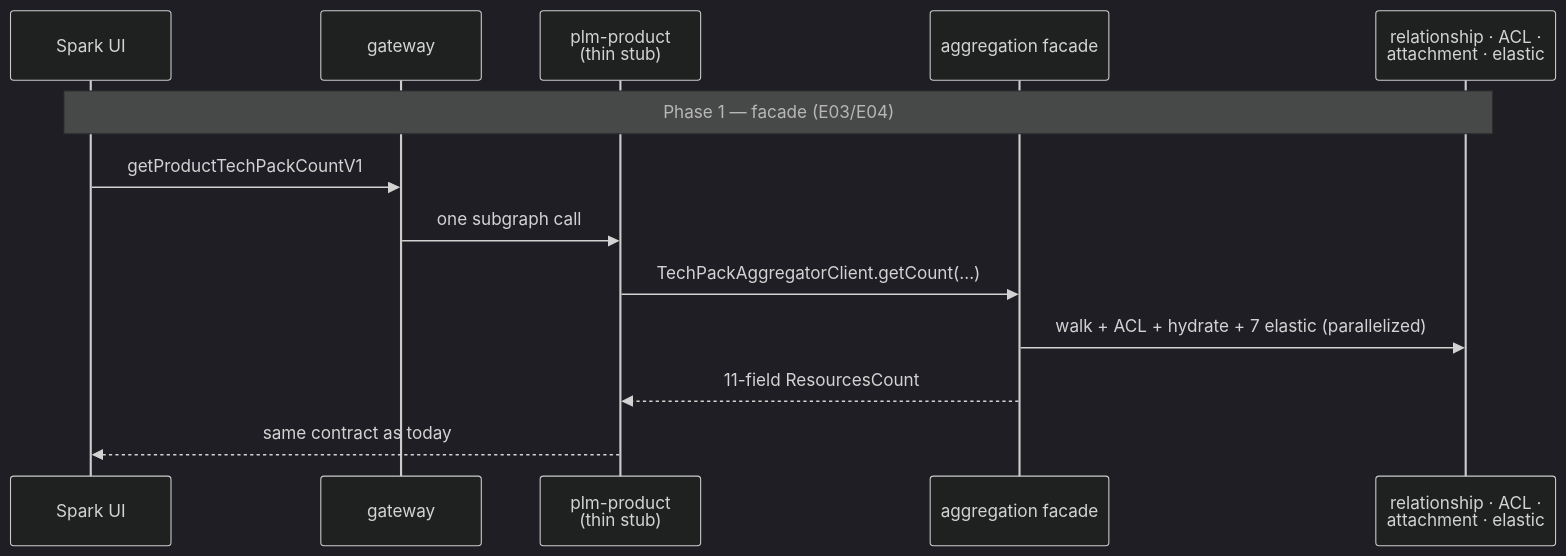
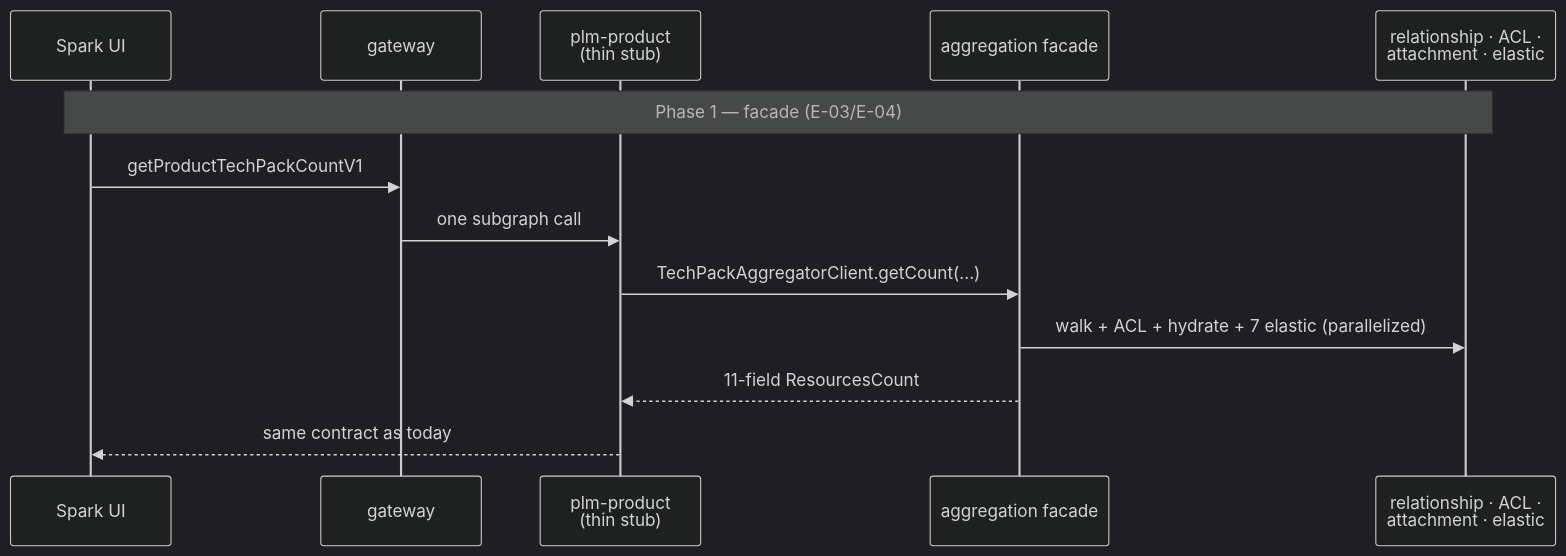
One commit to SarithaMathai/migration changed the first of 2 diagrams in output/complexStories/techpack/01-adr-techpack.md. Above: the diagram before and after it, drawn with Mermaid (dark theme). The commit also changed other lines of this file and 151 other files, not shown here.

````diff
--- a/output/complexStories/techpack/01-adr-techpack.md
+++ b/output/complexStories/techpack/01-adr-techpack.md
@@ -168,16 +197,16 @@
 ```mermaid
 sequenceDiagram
     participant UI as Spark UI
     participant GW as gateway
     participant PP as plm-product<br/>(thin stub)
     participant FA as aggregation facade
     participant SVC as relationship · ACL ·<br/>attachment · elastic
 
-    Note over UI,SVC: Phase 1 — facade (E03/E04)
+    Note over UI,SVC: Phase 1 — facade (E-03/E-04)
     UI->>GW: getProductTechPackCountV1
     GW->>PP: one subgraph call
     PP->>FA: TechPackAggregatorClient.getCount(...)
     FA->>SVC: walk + ACL + hydrate + 7 elastic (parallelized)
     FA-->>PP: 11-field ResourcesCount
     PP-->>UI: same contract as today
 ```
````
